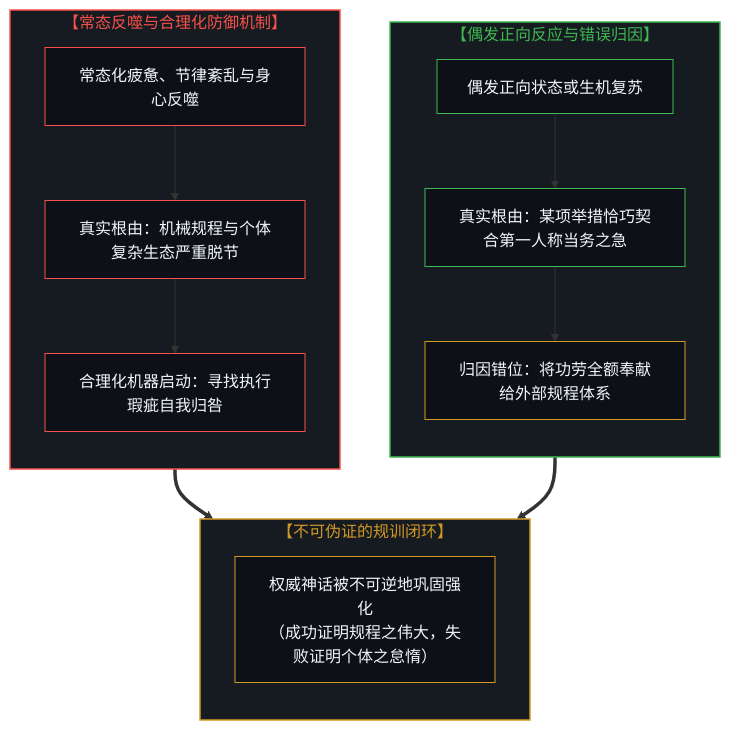
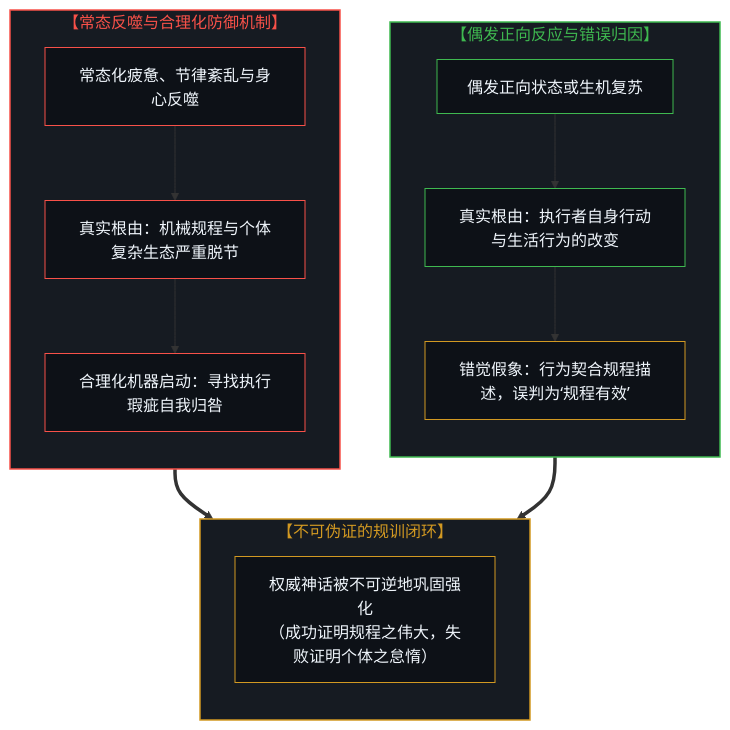
The seventh of 8 diagrams in content/posts/the-inversion-of-the-protocol-and-the-silencing-of-the-causal-loop.md (powerpig99/not-a-toe), drawn with Mermaid before and after one commit. The commit also changed other lines of this file and 4 other files, not shown here.

````diff
--- a/content/posts/the-inversion-of-the-protocol-and-the-silencing-of-the-causal-loop.md
+++ b/content/posts/the-inversion-of-the-protocol-and-the-silencing-of-the-causal-loop.md
@@ -277,37 +277,37 @@
 ```mermaid
 graph TD
     subgraph S_Success["【偶发正向反应与错误归因】"]
         direction TB
         A1["偶发正向状态或生机复苏"]
-        A2["真实根由：某项举措恰巧契合第一人称当务之急"]
-        A3["归因错位：将功劳全额奉献给外部规程体系"]
+        A2["真实根由：执行者自身行动与生活行为的改变"]
+        A3["错觉假象：行为契合规程描述，误判为‘规程有效’"]
         A1 --> A2 --> A3
     end
 
     subgraph S_Failure["【常态反噬与合理化防御机制】"]
         direction TB
         B1["常态化疲惫、节律紊乱与身心反噬"]
         B2["真实根由：机械规程与个体复杂生态严重脱节"]
         B3["合理化机器启动：寻找执行瑕疵自我归咎"]
         B1 --> B2 --> B3
     end
 
     subgraph S_Reinforcement["【不可伪证的规训闭环】"]
         direction TB
         C1["权威神话被不可逆地巩固强化<br/>（成功证明规程之伟大，失败证明个体之怠惰）"]
     end
 
     A3 ==> C1
     B3 ==> C1
 
     style S_Success fill:#161b22,stroke:#3fb950,stroke-width:1.5px,color:#3fb950
     style S_Failure fill:#161b22,stroke:#f85149,stroke-width:1.5px,color:#f85149
     style S_Reinforcement fill:#161b22,stroke:#d29922,stroke-width:1.5px,color:#d29922
     style A1 fill:#0d1117,stroke:#3fb950,stroke-width:1px,color:#f0f6fc
     style A2 fill:#0d1117,stroke:#3fb950,stroke-width:1px,color:#f0f6fc
     style A3 fill:#0d1117,stroke:#d29922,stroke-width:1px,color:#f0f6fc
     style B1 fill:#0d1117,stroke:#f85149,stroke-width:1px,color:#f0f6fc
     style B2 fill:#0d1117,stroke:#f85149,stroke-width:1px,color:#f0f6fc
     style B3 fill:#0d1117,stroke:#f85149,stroke-width:1px,color:#f0f6fc
     style C1 fill:#0d1117,stroke:#d29922,stroke-width:1px,color:#f0f6fc
 ```
````
